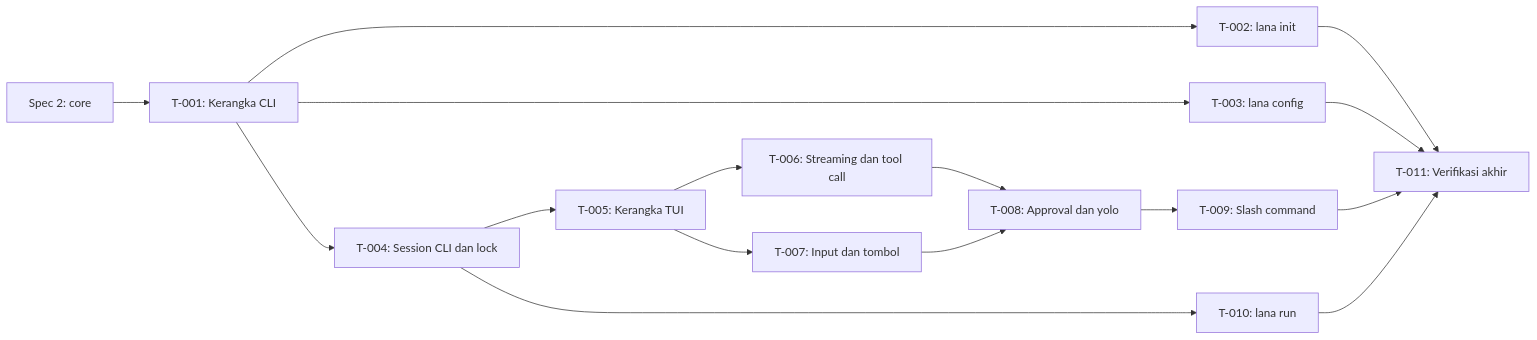
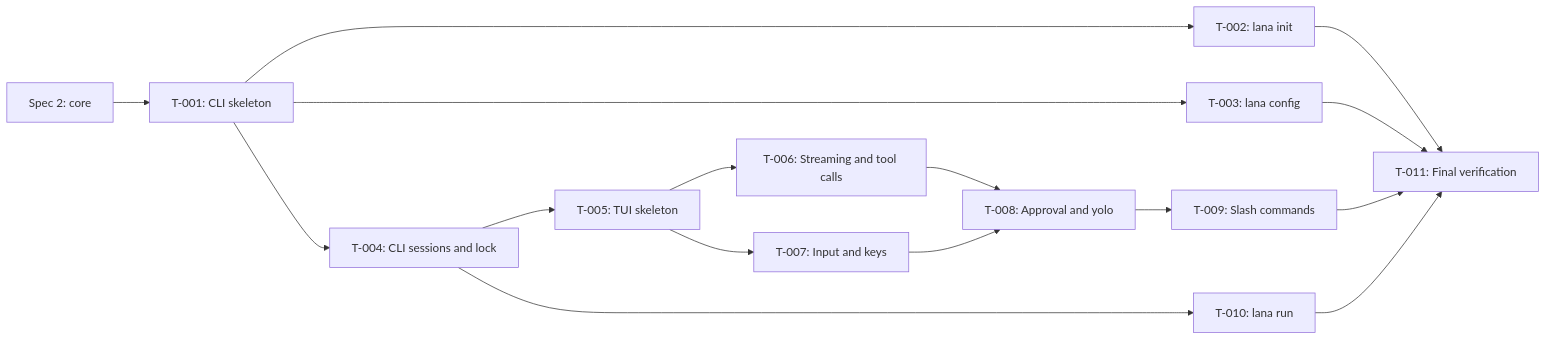
Before and after one commit to ridhomujizat/lana-harness: the diagram in docs/specs/1-cli-tui/tasks.md, drawn with Mermaid. The commit also changed other lines of this file and 172 other files, not shown here.

````diff
--- a/docs/specs/1-cli-tui/tasks.md
+++ b/docs/specs/1-cli-tui/tasks.md
@@ -46,18 +46,18 @@
 ```mermaid
 flowchart LR
   Core["Spec 2: core"] --> T1
-  T1["T-001: Kerangka CLI"] --> T2["T-002: lana init"]
+  T1["T-001: CLI skeleton"] --> T2["T-002: lana init"]
   T1 --> T3["T-003: lana config"]
-  T1 --> T4["T-004: Session CLI dan lock"]
-  T4 --> T5["T-005: Kerangka TUI"]
-  T5 --> T6["T-006: Streaming dan tool call"]
-  T5 --> T7["T-007: Input dan tombol"]
-  T6 --> T8["T-008: Approval dan yolo"]
+  T1 --> T4["T-004: CLI sessions and lock"]
+  T4 --> T5["T-005: TUI skeleton"]
+  T5 --> T6["T-006: Streaming and tool calls"]
+  T5 --> T7["T-007: Input and keys"]
+  T6 --> T8["T-008: Approval and yolo"]
   T7 --> T8
-  T8 --> T9["T-009: Slash command"]
+  T8 --> T9["T-009: Slash commands"]
   T4 --> T10["T-010: lana run"]
-  T2 --> T11["T-011: Verifikasi akhir"]
+  T2 --> T11["T-011: Final verification"]
   T3 --> T11
   T9 --> T11
   T10 --> T11
 ```
````
